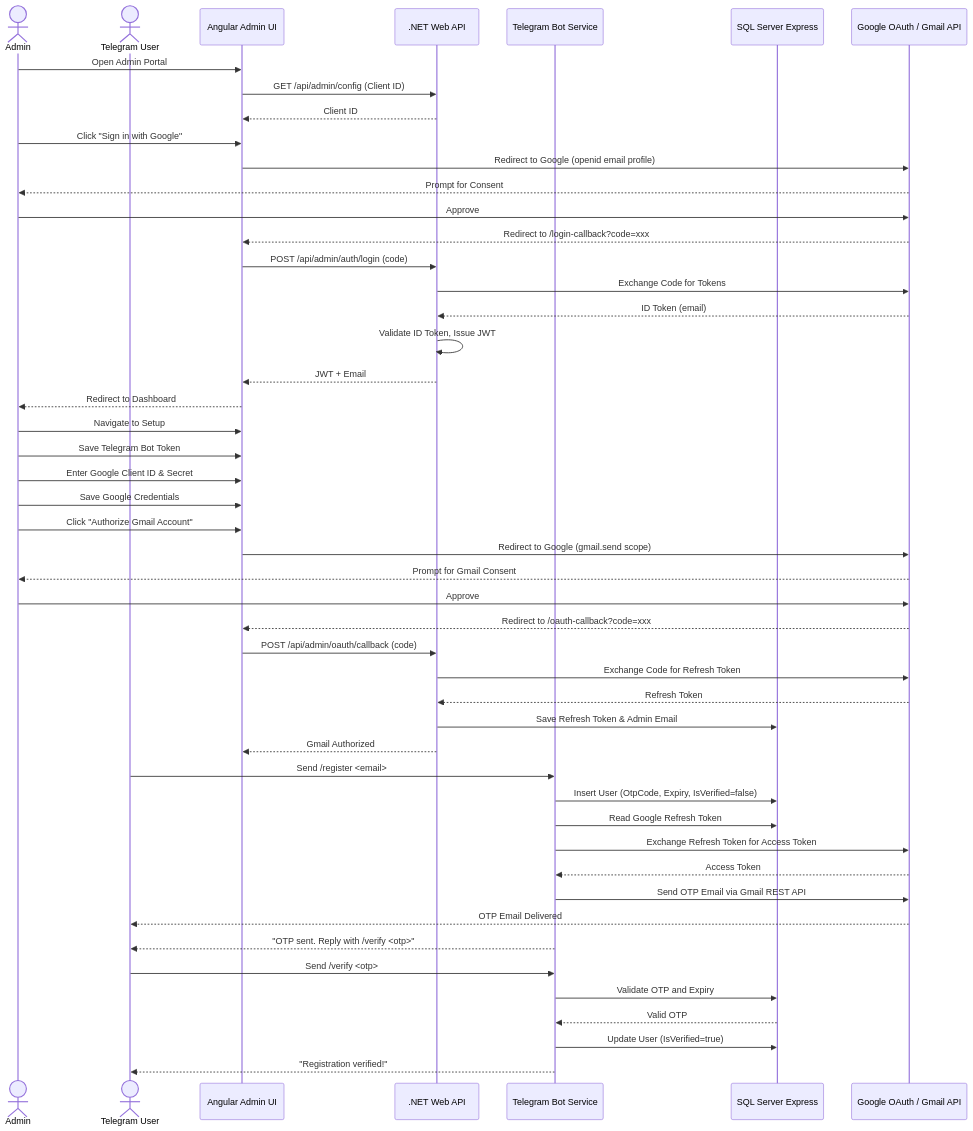
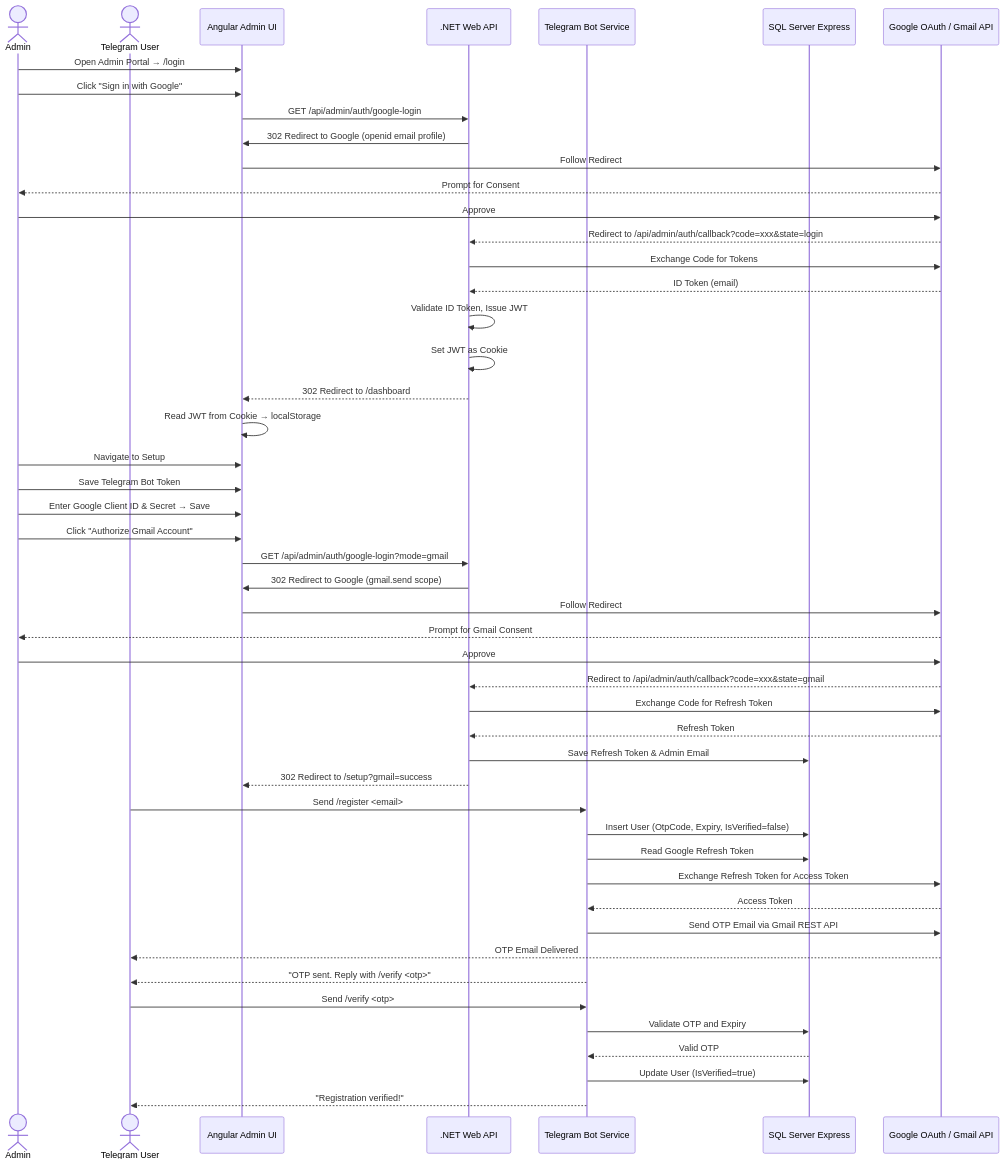
Before and after one commit to mayurjp/RemoteAssistant: the diagram in readme.md, drawn with Mermaid. The commit also changed other lines of this file and 10 other files, not shown here.

Commit message:
feat: Refactor Google OAuth flow and remove deprecated components

````diff
--- a/readme.md
+++ b/readme.md
@@ -9,55 +9,55 @@
 ```mermaid
 sequenceDiagram
     actor Admin
     actor User as Telegram User
     participant Angular as Angular Admin UI
     participant WebApi as .NET Web API
     participant Worker as Telegram Bot Service
     participant DB as SQL Server Express
     participant Google as Google OAuth / Gmail API
 
-    Admin->>Angular: Open Admin Portal
-    Angular->>WebApi: GET /api/admin/config (Client ID)
-    WebApi-->>Angular: Client ID
+    Admin->>Angular: Open Admin Portal → /login
     Admin->>Angular: Click "Sign in with Google"
-    Angular->>Google: Redirect to Google (openid email profile)
+    Angular->>WebApi: GET /api/admin/auth/google-login
+    WebApi->>Angular: 302 Redirect to Google (openid email profile)
+    Angular->>Google: Follow Redirect
     Google-->>Admin: Prompt for Consent
     Admin->>Google: Approve
-    Google-->>Angular: Redirect to /login-callback?code=xxx
-    Angular->>WebApi: POST /api/admin/auth/login (code)
+    Google-->>WebApi: Redirect to /api/admin/auth/callback?code=xxx&state=login
     WebApi->>Google: Exchange Code for Tokens
     Google-->>WebApi: ID Token (email)
     WebApi->>WebApi: Validate ID Token, Issue JWT
-    WebApi-->>Angular: JWT + Email
-    Angular-->>Admin: Redirect to Dashboard
+    WebApi->>WebApi: Set JWT as Cookie
+    WebApi-->>Angular: 302 Redirect to /dashboard
+    Angular->>Angular: Read JWT from Cookie → localStorage
 
     Admin->>Angular: Navigate to Setup
     Admin->>Angular: Save Telegram Bot Token
-    Admin->>Angular: Enter Google Client ID & Secret
-    Admin->>Angular: Save Google Credentials
+    Admin->>Angular: Enter Google Client ID & Secret → Save
     Admin->>Angular: Click "Authorize Gmail Account"
-    Angular->>Google: Redirect to Google (gmail.send scope)
+    Angular->>WebApi: GET /api/admin/auth/google-login?mode=gmail
+    WebApi->>Angular: 302 Redirect to Google (gmail.send scope)
+    Angular->>Google: Follow Redirect
     Google-->>Admin: Prompt for Gmail Consent
     Admin->>Google: Approve
-    Google-->>Angular: Redirect to /oauth-callback?code=xxx
-    Angular->>WebApi: POST /api/admin/oauth/callback (code)
+    Google-->>WebApi: Redirect to /api/admin/auth/callback?code=xxx&state=gmail
     WebApi->>Google: Exchange Code for Refresh Token
     Google-->>WebApi: Refresh Token
     WebApi->>DB: Save Refresh Token & Admin Email
-    WebApi-->>Angular: Gmail Authorized
+    WebApi-->>Angular: 302 Redirect to /setup?gmail=success
 
     User->>Worker: Send /register <email>
     Worker->>DB: Insert User (OtpCode, Expiry, IsVerified=false)
     Worker->>DB: Read Google Refresh Token
     Worker->>Google: Exchange Refresh Token for Access Token
     Google-->>Worker: Access Token
     Worker->>Google: Send OTP Email via Gmail REST API
     Google-->>User: OTP Email Delivered
     Worker-->>User: "OTP sent. Reply with /verify <otp>"
 
     User->>Worker: Send /verify <otp>
     Worker->>DB: Validate OTP and Expiry
     DB-->>Worker: Valid OTP
     Worker->>DB: Update User (IsVerified=true)
     Worker-->>User: "Registration verified!"
 ```
````
